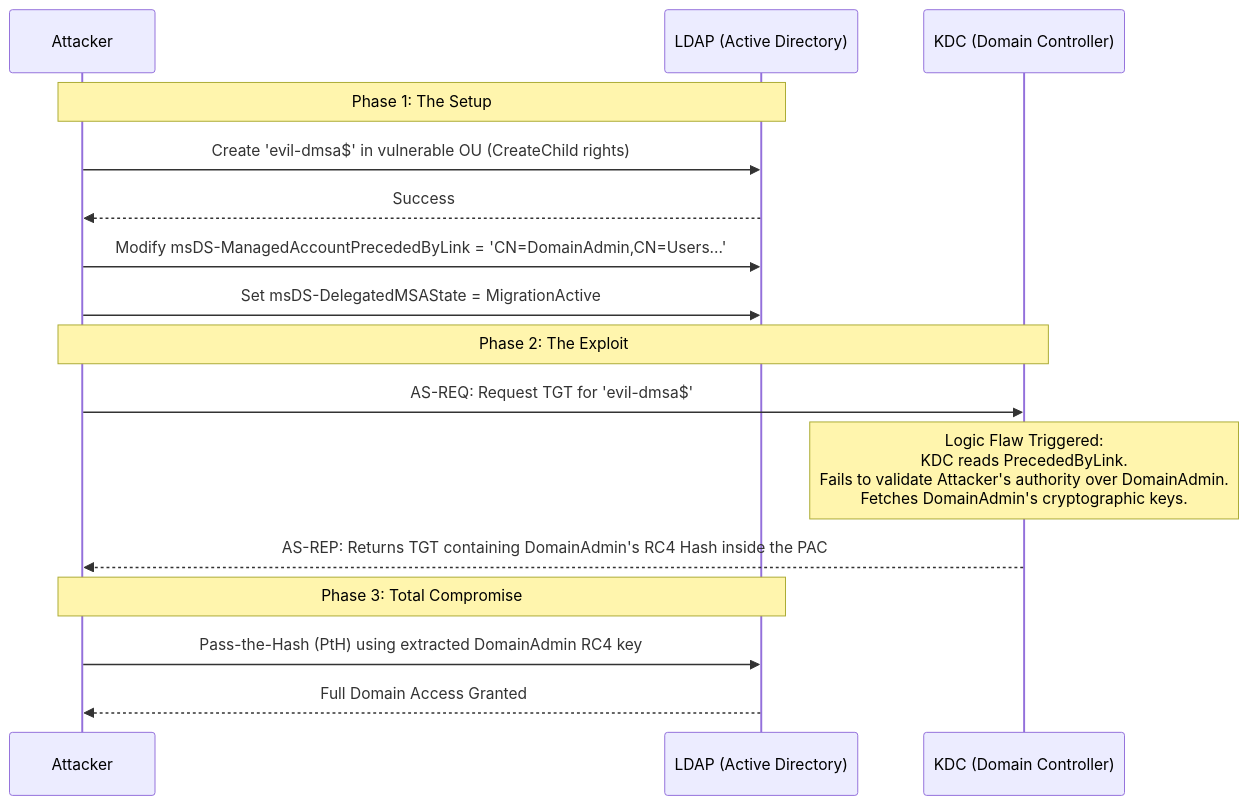
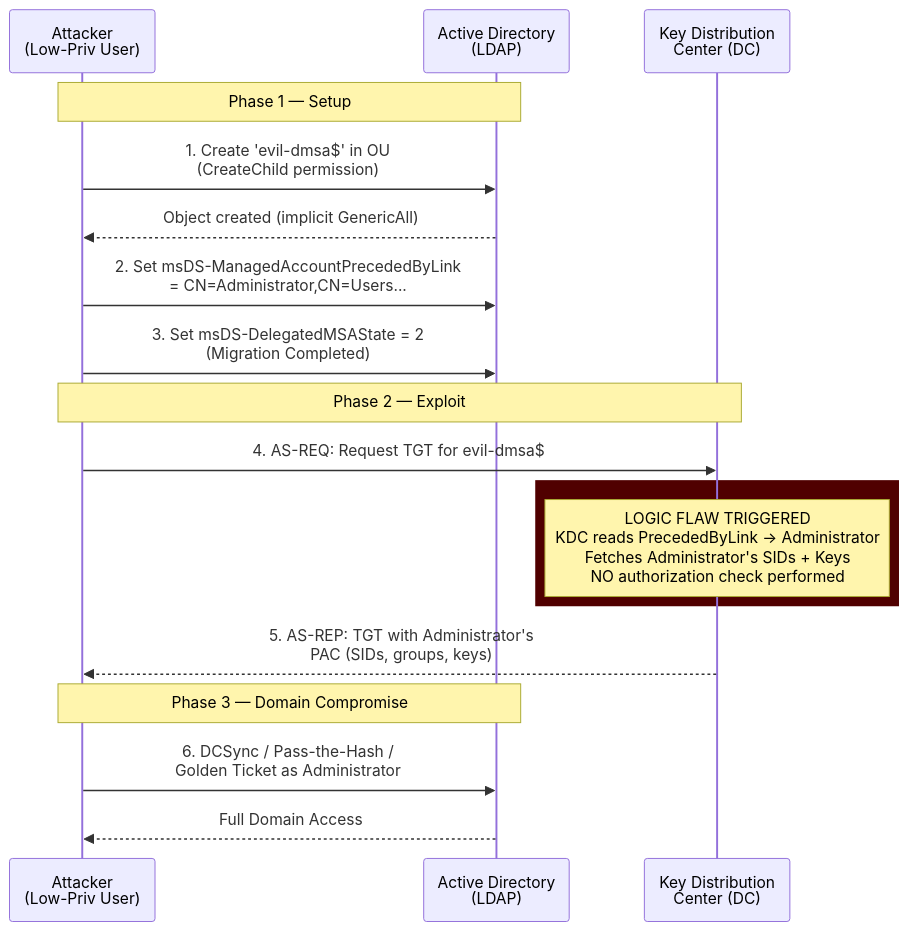
One commit to elodvk/elodvk.github.io changed the first of 2 diagrams in docs/blog/badsuccessor-cve-2025-53779.md. Above: the diagram before and after it, drawn with Mermaid. The commit also changed other lines of this file and 2 other files, not shown here.

Commit message:
Massively expand BadSuccessor deep dive with full research, history, PoC analysis, Ouroboros, detection rules

````diff
--- a/docs/blog/badsuccessor-cve-2025-53779.md
+++ b/docs/blog/badsuccessor-cve-2025-53779.md
@@ -82,24 +245,25 @@
 ```mermaid
 sequenceDiagram
-    participant Attacker
-    participant LDAP (Active Directory)
-    participant KDC (Domain Controller)
-    
-    Note over Attacker, LDAP (Active Directory): Phase 1: The Setup
-    Attacker->>LDAP (Active Directory): Create 'evil-dmsa$' in vulnerable OU (CreateChild rights)
-    LDAP (Active Directory)-->>Attacker: Success
-    
-    Attacker->>LDAP (Active Directory): Modify msDS-ManagedAccountPrecededByLink = 'CN=DomainAdmin,CN=Users...'
-    Attacker->>LDAP (Active Directory): Set msDS-DelegatedMSAState = MigrationActive
-    
-    Note over Attacker, KDC (Domain Controller): Phase 2: The Exploit
-    Attacker->>KDC (Domain Controller): AS-REQ: Request TGT for 'evil-dmsa$'
-    
-    Note over KDC (Domain Controller): Logic Flaw Triggered:<br/>KDC reads PrecededByLink.<br/>Fails to validate Attacker's authority over DomainAdmin.<br/>Fetches DomainAdmin's cryptographic keys.
-    
-    KDC (Domain Controller)-->>Attacker: AS-REP: Returns TGT containing DomainAdmin's RC4 Hash inside the PAC
-    
-    Note over Attacker, LDAP (Active Directory): Phase 3: Total Compromise
-    Attacker->>LDAP (Active Directory): Pass-the-Hash (PtH) using extracted DomainAdmin RC4 key
-    LDAP (Active Directory)-->>Attacker: Full Domain Access Granted
+    participant A as Attacker<br/>(Low-Priv User)
+    participant AD as Active Directory<br/>(LDAP)
+    participant KDC as Key Distribution<br/>Center (DC)
+
+    Note over A,AD: Phase 1 — Setup
+    A->>AD: 1. Create 'evil-dmsa$' in OU<br/>(CreateChild permission)
+    AD-->>A: Object created (implicit GenericAll)
+    A->>AD: 2. Set msDS-ManagedAccountPrecededByLink<br/>= CN=Administrator,CN=Users...
+    A->>AD: 3. Set msDS-DelegatedMSAState = 2<br/>(Migration Completed)
+
+    Note over A,KDC: Phase 2 — Exploit
+    A->>KDC: 4. AS-REQ: Request TGT for evil-dmsa$
+
+    rect rgb(80, 0, 0)
+    Note over KDC: LOGIC FLAW TRIGGERED<br/>KDC reads PrecededByLink → Administrator<br/>Fetches Administrator's SIDs + Keys<br/>NO authorization check performed
+    end
+
+    KDC-->>A: 5. AS-REP: TGT with Administrator's<br/>PAC (SIDs, groups, keys)
+
+    Note over A,AD: Phase 3 — Domain Compromise
+    A->>AD: 6. DCSync / Pass-the-Hash /<br/>Golden Ticket as Administrator
+    AD-->>A: Full Domain Access
 ```
````
